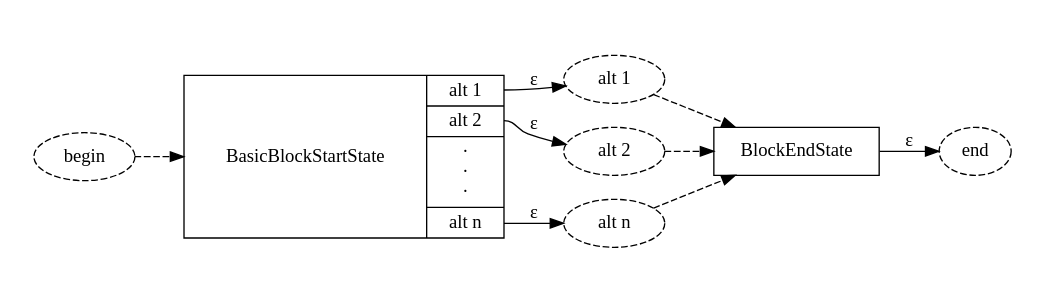
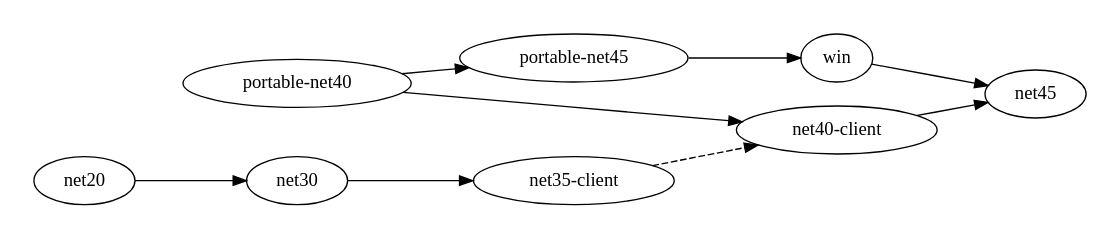
One commit to antlr/antlr4 changed the diagram in runtime/Java/src/main/dot/org/antlr/v4/runtime/atn/images/Block.dot. Above: the diagram before and after it, drawn with Graphviz. The commit also changed 68 other files, not shown here.

```diff
--- a/runtime/Java/src/main/dot/org/antlr/v4/runtime/atn/images/Block.dot
+++ b/runtime/Java/src/main/dot/org/antlr/v4/runtime/atn/images/Block.dot
@@ -1,35 +1,20 @@
 digraph "" {
-    graph[fontname="CourierNew";rankdir="LR";pad="0.25"];
-    node[fontname="CourierNew";target="_parent"];
-    edge[fontname="CourierNew"];
-    subgraph clusterA {
-        color="invis";
-        {   node[shape="record"];
-            BasicBlockStartState[URL="../BasicBlockStartState.html";label="{BasicBlockStartState | {<alt1> alt 1 |<alt2> alt 2 | &#0183;\n&#0183;\n&#0183; |<altn> alt n}}"];
-            BlockEndState[URL="../BlockEndState.html"];
-        }
+    graph[fontname="Consolas";rankdir="LR";pad="0.25"];
+    node[fontname="Consolas";target="_parent"];
+    edge[fontname="Consolas"];
 
-        {   node[style="dashed"];
-            content1[label="alt 1"];
-            content2[label="alt 2"];
-            more[label="alt n"];
-        }
-    }
+    net35client[label="net35-client"]
+    net40client[label="net40-client"]
+    portablenet40[label="portable-net40"]
+    portablenet45[label="portable-net45"]
 
-    {   node[style="dashed"];
-        begin;
-        end;
-    }
+    net20 -> net30
+    net30 -> net35client
+    net35client -> net40client[style="dashed"]
+    net40client -> net45
 
-    begin -> BasicBlockStartState[style="dashed"];
-    BlockEndState -> end[label="&#0949;"];
-
-    BasicBlockStartState:alt1 -> content1[label="&#0949;"];
-    content1 -> BlockEndState[style="dashed"];
-
-    BasicBlockStartState:alt2 -> content2[label="&#0949;"];
-    content2 -> BlockEndState[style="dashed"];
-
-    BasicBlockStartState:altn -> more[label="&#0949;"];
-    more -> BlockEndState[style="dashed"];
+    portablenet40 -> net40client
+    portablenet40 -> portablenet45
+    portablenet45 -> win
+    win -> net45
 }
```
